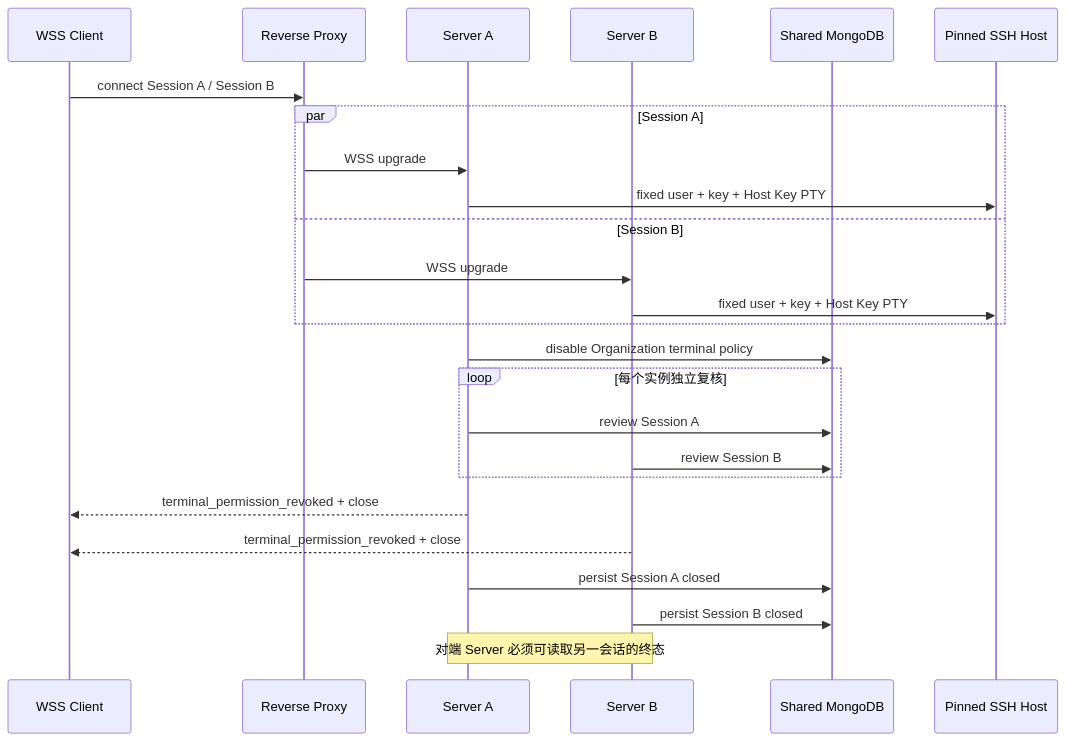
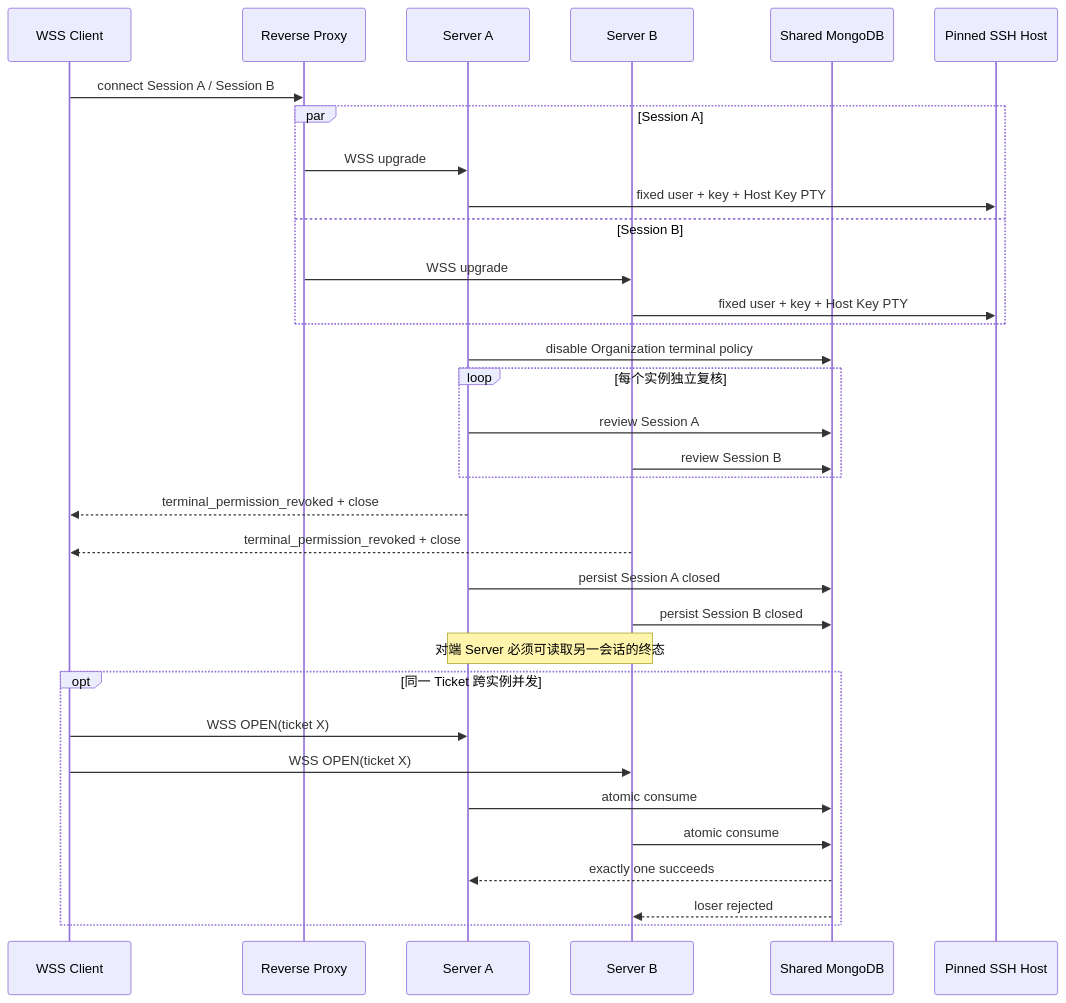
The fourth of 6 diagrams in docs/terminal-sessions.md (owndock/owndock), drawn with Mermaid before and after one commit. The commit also changed other lines of this file and 3 other files, not shown here.

````diff
--- a/docs/terminal-sessions.md
+++ b/docs/terminal-sessions.md
@@ -122,28 +122,36 @@
 ```mermaid
 sequenceDiagram
     participant B as WSS Client
     participant P as Reverse Proxy
     participant A as Server A
     participant C as Server B
     participant M as Shared MongoDB
     participant H as Pinned SSH Host
 
     B->>P: connect Session A / Session B
     par Session A
         P->>A: WSS upgrade
         A->>H: fixed user + key + Host Key PTY
     and Session B
         P->>C: WSS upgrade
         C->>H: fixed user + key + Host Key PTY
     end
     A->>M: disable Organization terminal policy
     loop 每个实例独立复核
         A->>M: review Session A
         C->>M: review Session B
     end
     A-->>B: terminal_permission_revoked + close
     C-->>B: terminal_permission_revoked + close
     A->>M: persist Session A closed
     C->>M: persist Session B closed
     Note over A,C: 对端 Server 必须可读取另一会话的终态
+    opt 同一 Ticket 跨实例并发
+        B->>A: WSS OPEN(ticket X)
+        B->>C: WSS OPEN(ticket X)
+        A->>M: atomic consume
+        C->>M: atomic consume
+        M-->>A: exactly one succeeds
+        M-->>C: loser rejected
+    end
 ```
````
